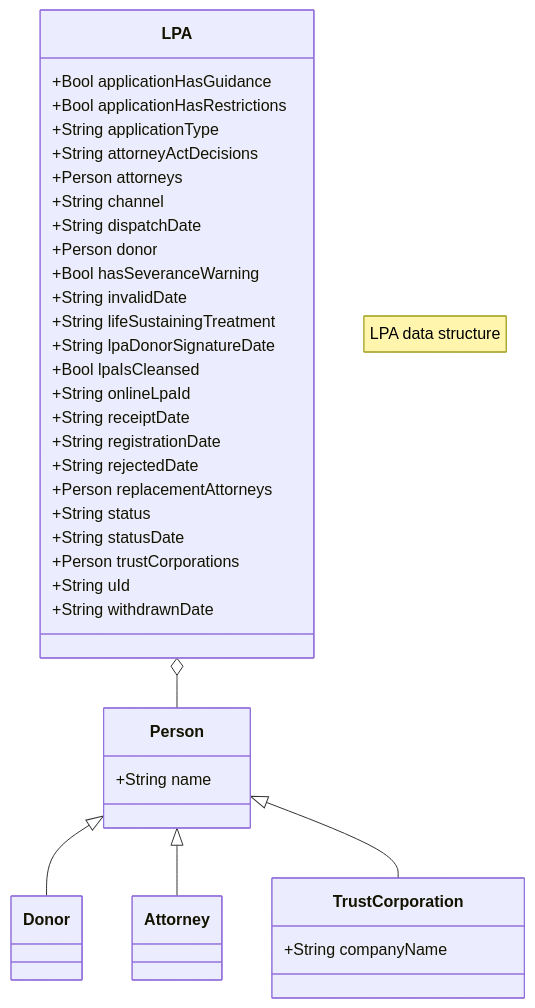
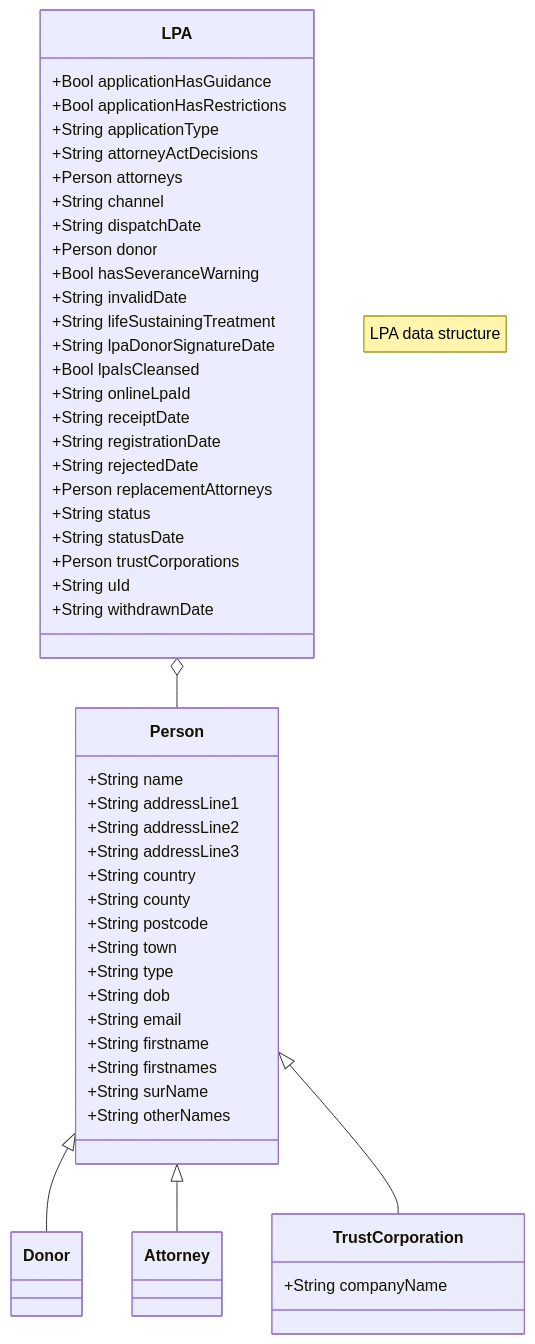
One commit to ministryofjustice/opg-use-an-lpa changed the diagram in docs/architecture/decisions/0023-lpa-data-format.md. Above: the diagram before and after it, drawn with Mermaid.

````diff
--- a/docs/architecture/decisions/0023-lpa-data-format.md
+++ b/docs/architecture/decisions/0023-lpa-data-format.md
@@ -107,44 +107,58 @@
 ```mermaid
 classDiagram
     note "LPA data structure"
     LPA o-- Person
     LPA : +Bool applicationHasGuidance
     LPA : +Bool applicationHasRestrictions
     LPA:  +String applicationType
     LPA : +String attorneyActDecisions
     LPA: +Person attorneys
     LPA : +String channel
     LPA : +String dispatchDate
     LPA: +Person donor
     LPA : +Bool hasSeveranceWarning
     LPA: +String invalidDate
     LPA: +String lifeSustainingTreatment
     LPA: +String lpaDonorSignatureDate
     LPA : +Bool lpaIsCleansed
     LPA: +String onlineLpaId
     LPA: +String receiptDate
     LPA: +String registrationDate
     LPA: +String rejectedDate
     LPA: +Person replacementAttorneys
     LPA: +String status
     LPA: +String statusDate
     LPA: +Person trustCorporations 
     LPA: +String uId
     LPA: +String withdrawnDate
     Person <|-- Donor
     Person <|-- Attorney
     Person <|-- TrustCorporation
     class LPA{
     }
     class Person{
         +String name
+        +String addressLine1
+        +String addressLine2
+        +String addressLine3
+        +String country
+        +String county
+        +String postcode
+        +String town
+        +String type
+        +String dob
+        +String email
+        +String firstname
+        +String firstnames
+        +String surName
+        +String otherNames
     }
     class Donor{
     }
     class Attorney{
     }
     class TrustCorporation{
         +String companyName
     }
 end
 ```
````
